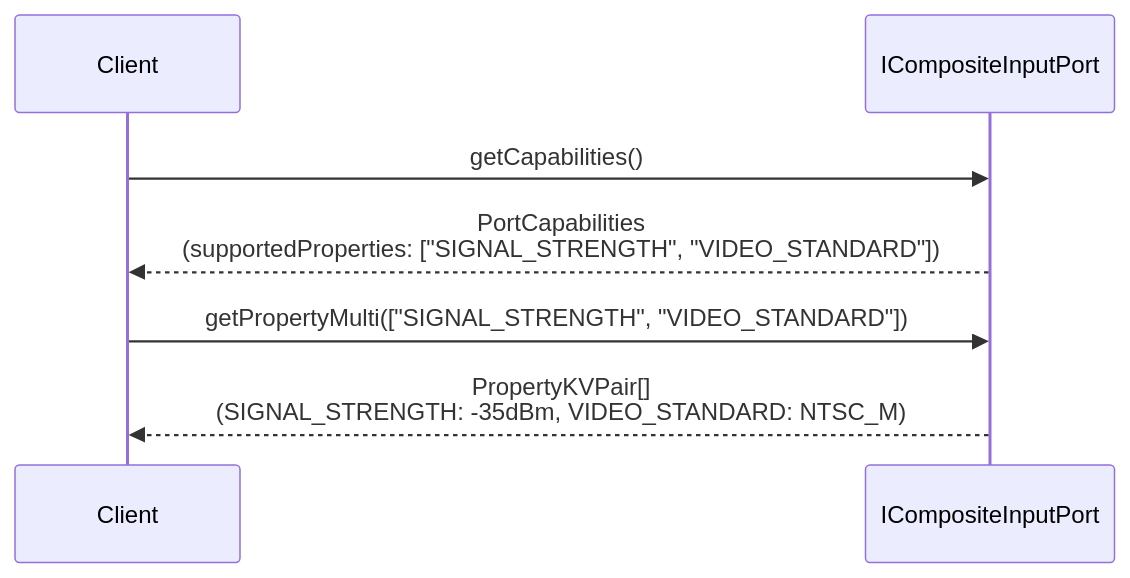
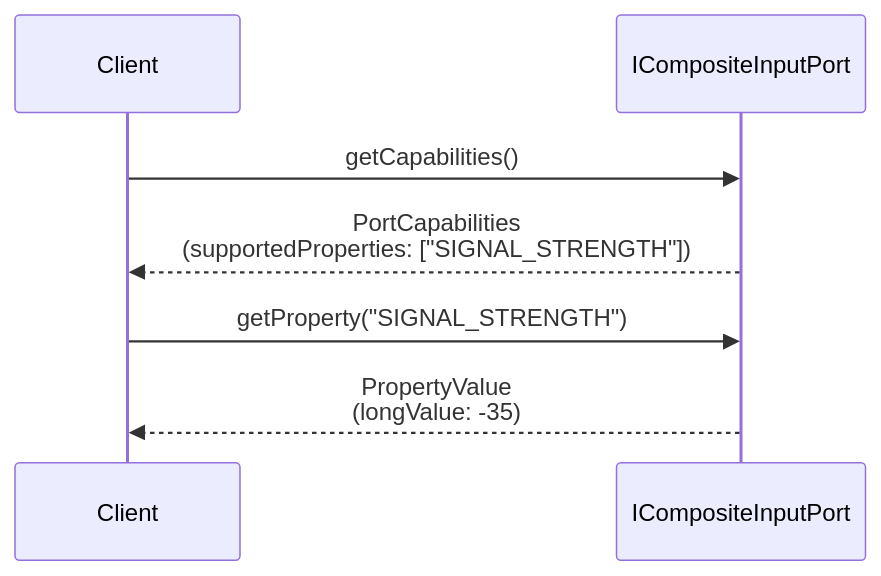
Before and after one commit to rdkcentral/rdk-halif-aidl: the third of 4 diagrams in docs/halif/composite_input/current/composite_input.md, drawn with Mermaid. The commit also changed other lines of this file and 6 other files, not shown here.

````diff
--- a/docs/halif/composite_input/current/composite_input.md
+++ b/docs/halif/composite_input/current/composite_input.md
@@ -195,11 +182,11 @@
 ```mermaid
 sequenceDiagram
     participant Client
     participant Port as ICompositeInputPort
 
     Client->>Port: getCapabilities()
-    Port-->>Client: PortCapabilities<br/>(supportedProperties: ["SIGNAL_STRENGTH", "VIDEO_STANDARD"])
+    Port-->>Client: PortCapabilities<br/>(supportedProperties: ["SIGNAL_STRENGTH"])
 
-    Client->>Port: getPropertyMulti(["SIGNAL_STRENGTH", "VIDEO_STANDARD"])
-    Port-->>Client: PropertyKVPair[]<br/>(SIGNAL_STRENGTH: -35dBm, VIDEO_STANDARD: NTSC_M)
+    Client->>Port: getProperty("SIGNAL_STRENGTH")
+    Port-->>Client: PropertyValue<br/>(longValue: -35)
 ```
````
